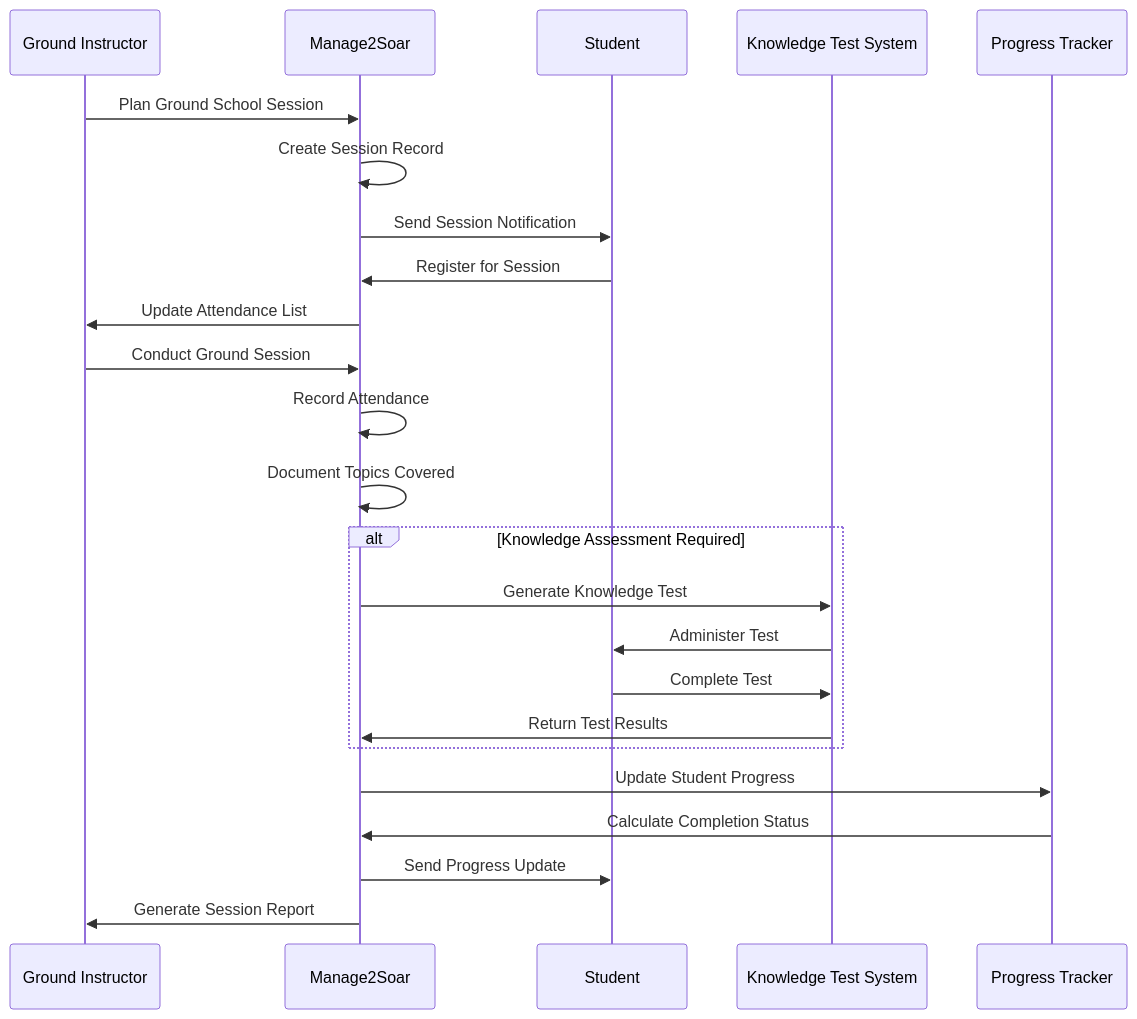
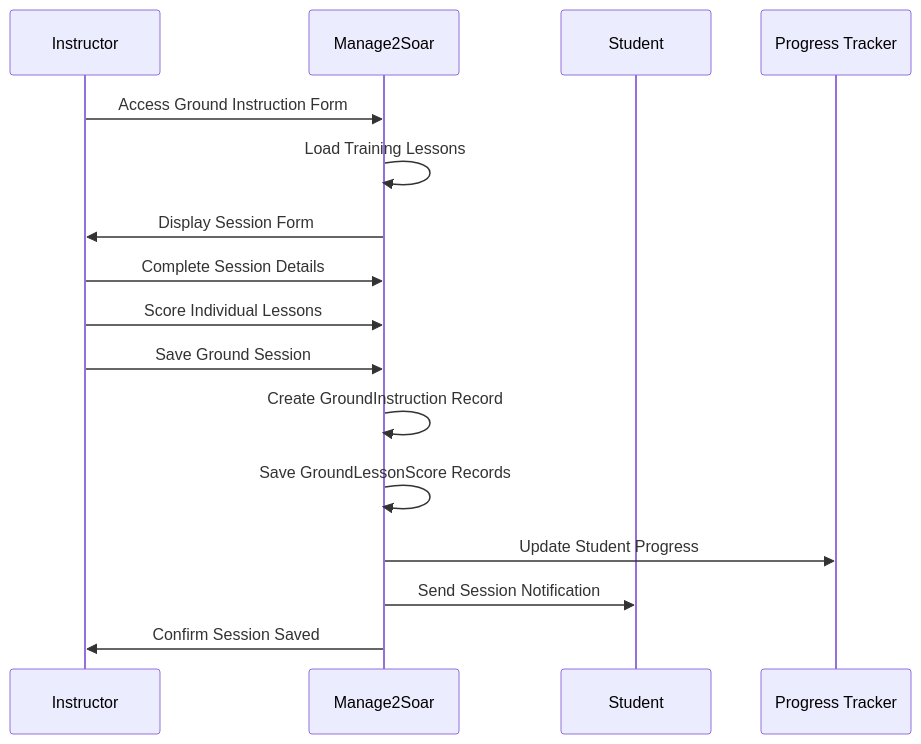
The second of 11 diagrams in docs/workflows/08-ground-instruction.md (pietbarber/Manage2Soar), drawn with Mermaid before and after one commit. The commit also changed other lines of this file and 2 other files, not shown here.

Commit message:
removed fibs about charging for instructon (ground and flight). Removed one ERD entry.

````diff
--- a/docs/workflows/08-ground-instruction.md
+++ b/docs/workflows/08-ground-instruction.md
@@ -81,31 +59,22 @@
 ```mermaid
 sequenceDiagram
-    participant Instructor as Ground Instructor
+    participant Instructor as Instructor
     participant System as Manage2Soar
     participant Student as Student
-    participant Knowledge as Knowledge Test System
     participant Progress as Progress Tracker
     
-    Instructor->>System: Plan Ground School Session
-    System->>System: Create Session Record
-    System->>Student: Send Session Notification
+    Instructor->>System: Access Ground Instruction Form
+    System->>System: Load Training Lessons
+    System->>Instructor: Display Session Form
     
-    Student->>System: Register for Session
-    System->>Instructor: Update Attendance List
+    Instructor->>System: Complete Session Details
+    Instructor->>System: Score Individual Lessons
+    Instructor->>System: Save Ground Session
     
-    Instructor->>System: Conduct Ground Session
-    System->>System: Record Attendance
-    System->>System: Document Topics Covered
-    
-    alt Knowledge Assessment Required
-        System->>Knowledge: Generate Knowledge Test
-        Knowledge->>Student: Administer Test
-        Student->>Knowledge: Complete Test
-        Knowledge->>System: Return Test Results
-    end
+    System->>System: Create GroundInstruction Record
+    System->>System: Save GroundLessonScore Records
     
     System->>Progress: Update Student Progress
-    Progress->>System: Calculate Completion Status
-    System->>Student: Send Progress Update
-    System->>Instructor: Generate Session Report
+    System->>Student: Send Session Notification
+    System->>Instructor: Confirm Session Saved
 ```
````
